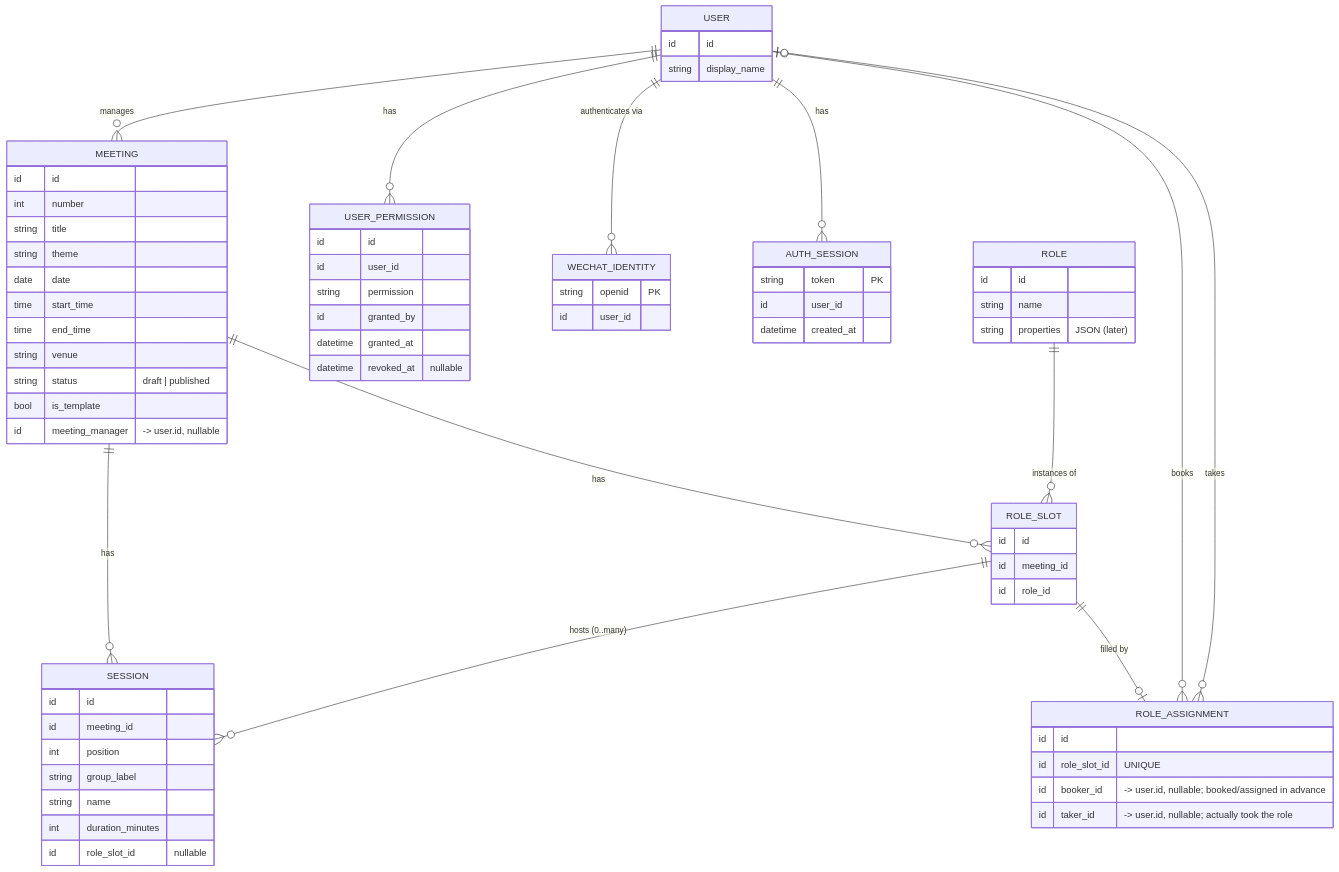
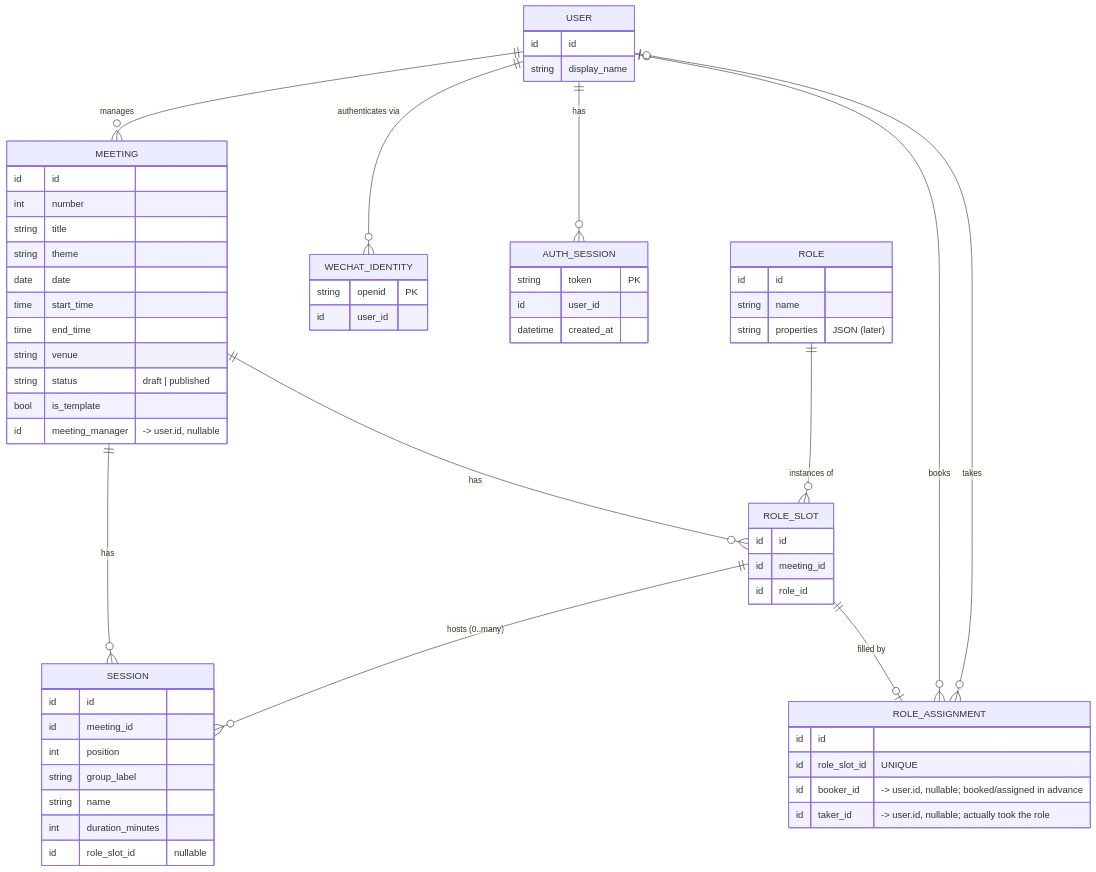
One commit to misu-tmc/misu changed the diagram in design/storage/schema.md. Above: the diagram before and after it, drawn with Mermaid. The commit also changed other lines of this file and 14 other files, not shown here.

First line of the commit message:
Remove user_permission table and permission scopes

````diff
--- a/design/storage/schema.md
+++ b/design/storage/schema.md
@@ -15,74 +15,65 @@
 ```mermaid
 erDiagram
     USER      ||--o{ MEETING   : manages
-    USER      ||--o{ USER_PERMISSION : has
     USER      ||--o{ WECHAT_IDENTITY : "authenticates via"
     USER      ||--o{ AUTH_SESSION : has
     MEETING   ||--o{ SESSION   : has
     MEETING   ||--o{ ROLE_SLOT : has
     ROLE      ||--o{ ROLE_SLOT : "instances of"
     ROLE_SLOT ||--o{ SESSION   : "hosts (0..many)"
     ROLE_SLOT ||--o| ROLE_ASSIGNMENT : "filled by"
     USER      |o--o{ ROLE_ASSIGNMENT : "books"
     USER      |o--o{ ROLE_ASSIGNMENT : "takes"
 
     USER {
         id     id
         string display_name
     }
     WECHAT_IDENTITY {
         string openid "PK"
         id     user_id
     }
     AUTH_SESSION {
         string   token "PK"
         id       user_id
         datetime created_at
-    }
-    USER_PERMISSION {
-        id       id
-        id       user_id
-        string   permission
-        id       granted_by
-        datetime granted_at
-        datetime revoked_at "nullable"
     }
     MEETING {
         id     id
         int    number
         string title
         string theme
         date   date
         time   start_time
         time   end_time
         string venue
         string status "draft | published"
         bool   is_template
         id     meeting_manager "-> user.id, nullable"
     }
     SESSION {
         id     id
         id     meeting_id
         int    position
         string group_label
         string name
         int    duration_minutes
         id     role_slot_id "nullable"
     }
     ROLE {
         id     id
         string name
         string properties "JSON (later)"
     }
     ROLE_SLOT {
         id     id
         id     meeting_id
         id     role_id
     }
     ROLE_ASSIGNMENT {
         id     id
         id     role_slot_id "UNIQUE"
         id     booker_id "-> user.id, nullable; booked/assigned in advance"
         id     taker_id  "-> user.id, nullable; actually took the role"
     }
 ```
````
